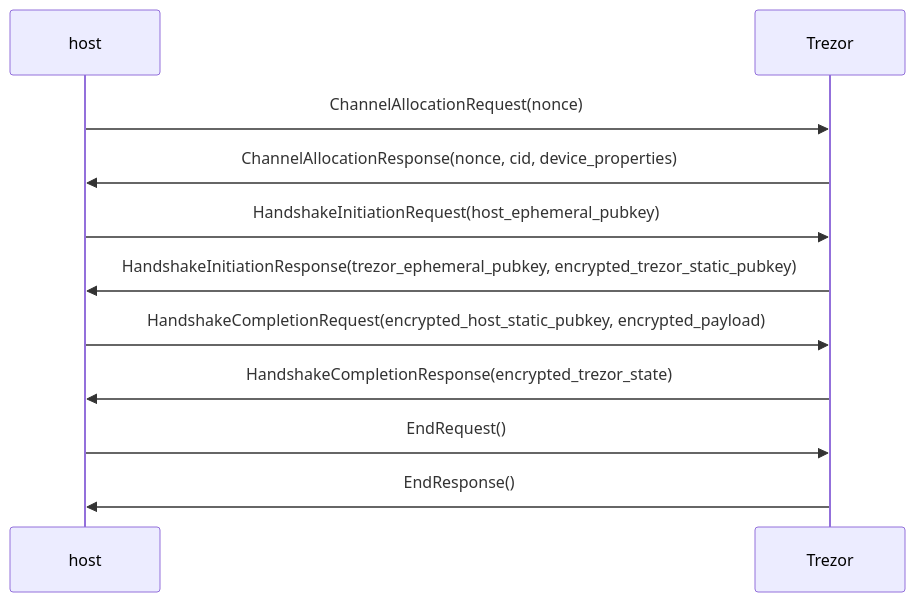
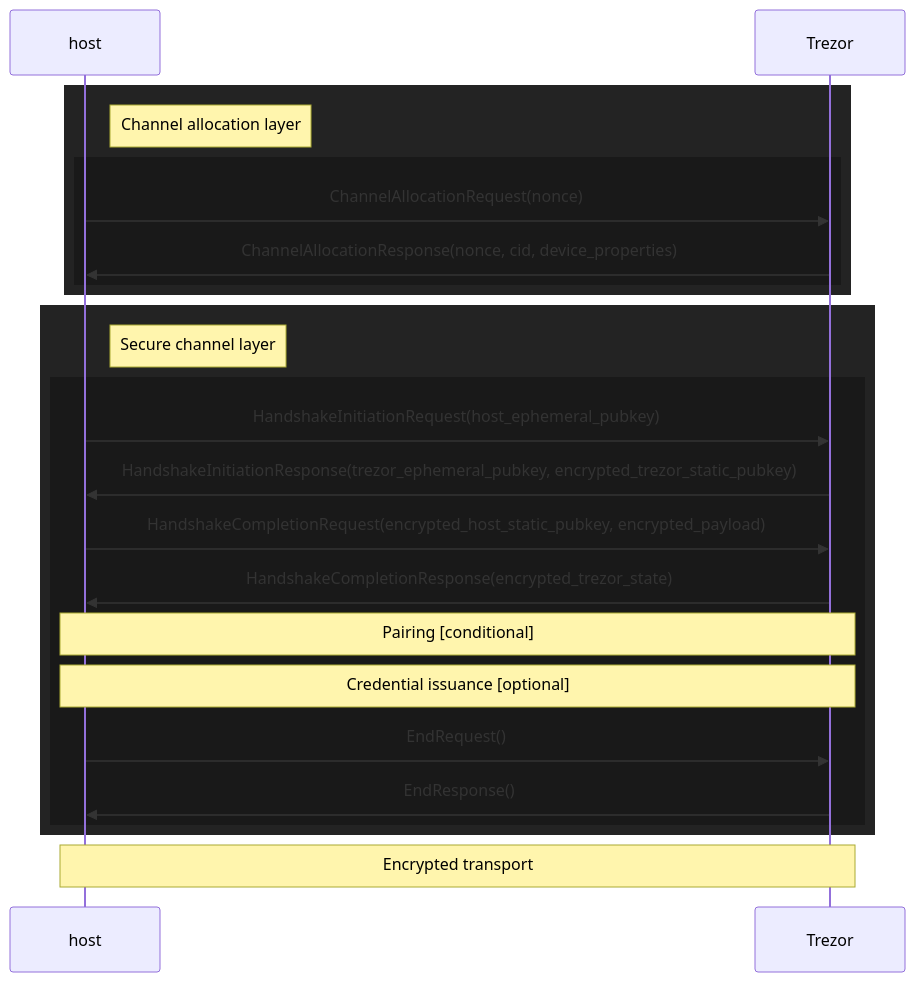
Before and after one commit to trezor/trezor-firmware: the first of 15 diagrams in docs/common/thp/specification.md, drawn with Mermaid.

Commit message:
fixup! fixup! docs: add thp documentation - part 1

````diff
--- a/docs/common/thp/specification.md
+++ b/docs/common/thp/specification.md
@@ -77,13 +77,27 @@
 ```mermaid
 sequenceDiagram
   participant host
   participant Trezor
-  host ->> Trezor: ChannelAllocationRequest(nonce)
-  Trezor ->> host: ChannelAllocationResponse(nonce, cid, device_properties)
-  host ->> Trezor: HandshakeInitiationRequest(host_ephemeral_pubkey)
-  Trezor ->> host: HandshakeInitiationResponse(trezor_ephemeral_pubkey, encrypted_trezor_static_pubkey)
-  host ->> Trezor: HandshakeCompletionRequest(encrypted_host_static_pubkey, encrypted_payload)
-  Trezor ->> host: HandshakeCompletionResponse(encrypted_trezor_state)
-  host ->> Trezor: EndRequest()
-  Trezor ->> host: EndResponse()
+  rect rgb(35, 35, 35)   
+    Note right of host: Channel allocation layer
+    rect rgb(25,25,25)
+
+        host ->> Trezor: ChannelAllocationRequest(nonce)
+        Trezor ->> host: ChannelAllocationResponse(nonce, cid, device_properties)
+    end
+  end
+    rect rgb(35, 35, 35)   
+        Note right of host: Secure channel layer
+        rect rgb(25,25,25)
+            host ->> Trezor: HandshakeInitiationRequest(host_ephemeral_pubkey)
+            Trezor ->> host: HandshakeInitiationResponse(trezor_ephemeral_pubkey, encrypted_trezor_static_pubkey)
+            host ->> Trezor: HandshakeCompletionRequest(encrypted_host_static_pubkey, encrypted_payload)
+            Trezor ->> host: HandshakeCompletionResponse(encrypted_trezor_state)
+            Note over host,Trezor: Pairing [conditional]
+            Note over host,Trezor: Credential issuance [optional]
+        host ->> Trezor: EndRequest()
+        Trezor ->> host: EndResponse()
+        end
+    end
+    Note over host,Trezor: Encrypted transport
 ```
````
